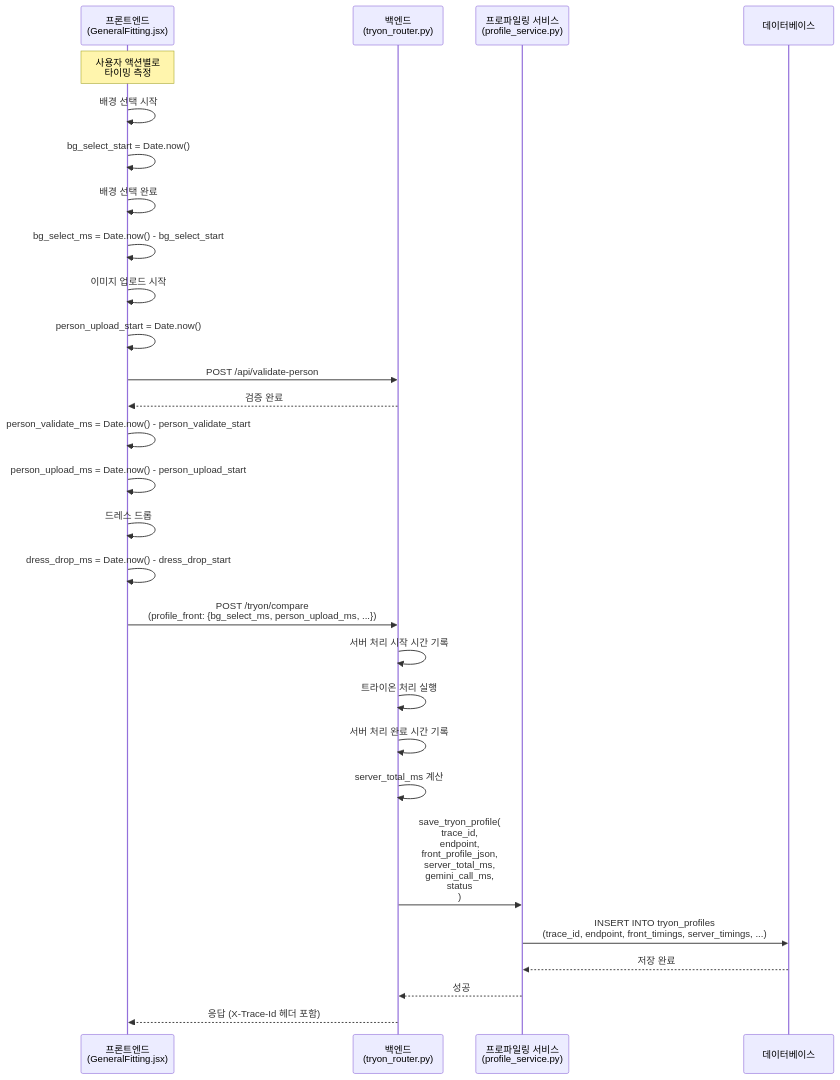
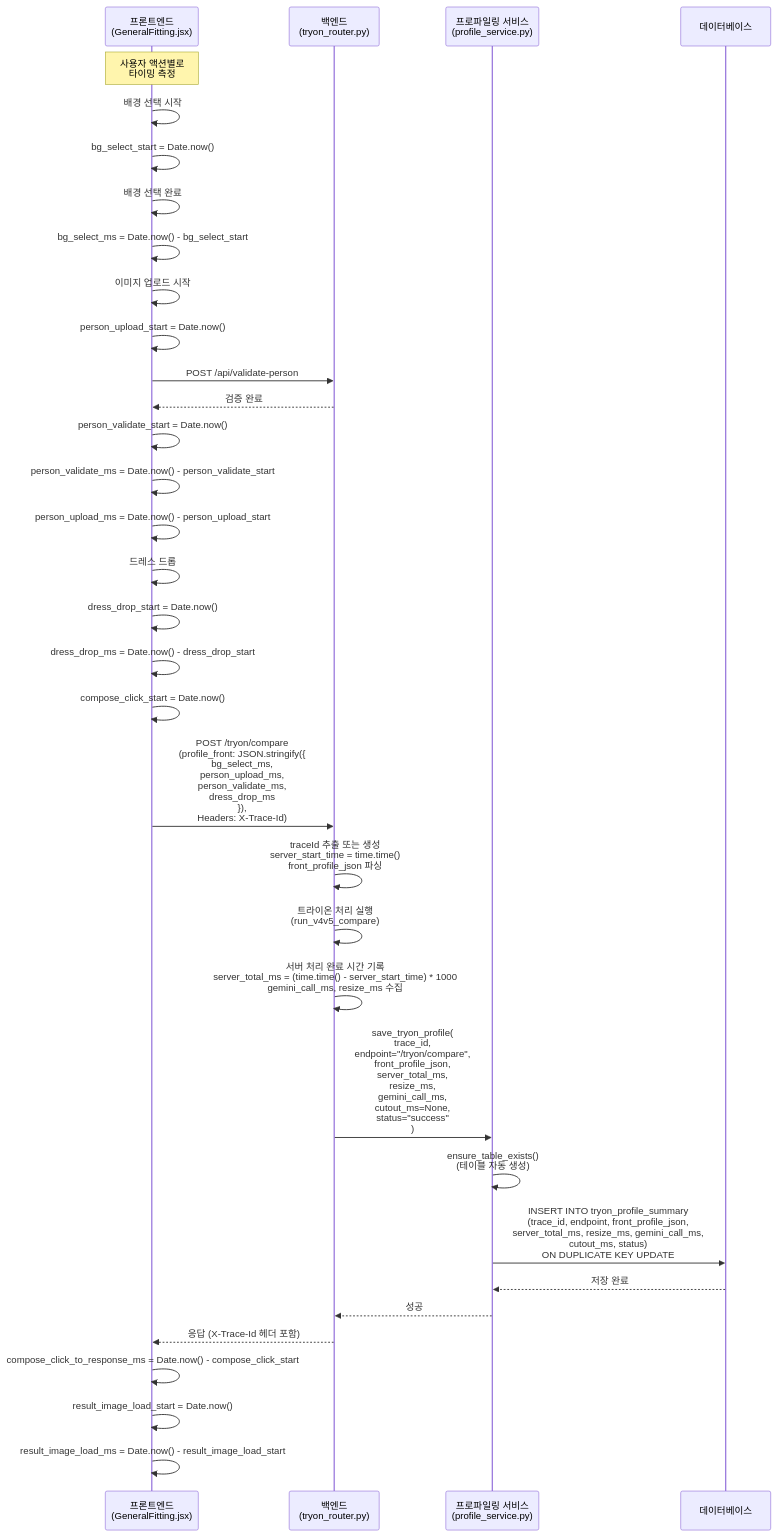
Diagram 15 of 16 in docs/sequence_diagrams.md (MerrydayPrject/final-repo-back), drawn with Mermaid before and after one commit. The commit also changed other lines of this file and 3 other files, not shown here.

````diff
--- a/docs/sequence_diagrams.md
+++ b/docs/sequence_diagrams.md
@@ -590,39 +669,46 @@
 ```mermaid
 sequenceDiagram
     participant Frontend as 프론트엔드<br/>(GeneralFitting.jsx)
     participant Backend as 백엔드<br/>(tryon_router.py)
     participant ProfileService as 프로파일링 서비스<br/>(profile_service.py)
     participant DB as 데이터베이스
 
     Note over Frontend: 사용자 액션별로<br/>타이밍 측정
     
     Frontend->>Frontend: 배경 선택 시작
     Frontend->>Frontend: bg_select_start = Date.now()
     Frontend->>Frontend: 배경 선택 완료
     Frontend->>Frontend: bg_select_ms = Date.now() - bg_select_start
     
     Frontend->>Frontend: 이미지 업로드 시작
     Frontend->>Frontend: person_upload_start = Date.now()
     Frontend->>Backend: POST /api/validate-person
     Backend-->>Frontend: 검증 완료
+    Frontend->>Frontend: person_validate_start = Date.now()
     Frontend->>Frontend: person_validate_ms = Date.now() - person_validate_start
     Frontend->>Frontend: person_upload_ms = Date.now() - person_upload_start
     
     Frontend->>Frontend: 드레스 드롭
+    Frontend->>Frontend: dress_drop_start = Date.now()
     Frontend->>Frontend: dress_drop_ms = Date.now() - dress_drop_start
     
-    Frontend->>Backend: POST /tryon/compare<br/>(profile_front: {bg_select_ms, person_upload_ms, ...})
-    Backend->>Backend: 서버 처리 시작 시간 기록
+    Frontend->>Frontend: compose_click_start = Date.now()
+    Frontend->>Backend: POST /tryon/compare<br/>(profile_front: JSON.stringify({<br/>  bg_select_ms,<br/>  person_upload_ms,<br/>  person_validate_ms,<br/>  dress_drop_ms<br/>}),<br/>Headers: X-Trace-Id)
     
-    Backend->>Backend: 트라이온 처리 실행
-    Backend->>Backend: 서버 처리 완료 시간 기록
-    Backend->>Backend: server_total_ms 계산
+    Backend->>Backend: traceId 추출 또는 생성<br/>server_start_time = time.time()<br/>front_profile_json 파싱
     
-    Backend->>ProfileService: save_tryon_profile(<br/>  trace_id,<br/>  endpoint,<br/>  front_profile_json,<br/>  server_total_ms,<br/>  gemini_call_ms,<br/>  status<br/>)
+    Backend->>Backend: 트라이온 처리 실행<br/>(run_v4v5_compare)
+    Backend->>Backend: 서버 처리 완료 시간 기록<br/>server_total_ms = (time.time() - server_start_time) * 1000<br/>gemini_call_ms, resize_ms 수집
     
-    ProfileService->>DB: INSERT INTO tryon_profiles<br/>(trace_id, endpoint, front_timings, server_timings, ...)
+    Backend->>ProfileService: save_tryon_profile(<br/>  trace_id,<br/>  endpoint="/tryon/compare",<br/>  front_profile_json,<br/>  server_total_ms,<br/>  resize_ms,<br/>  gemini_call_ms,<br/>  cutout_ms=None,<br/>  status="success"<br/>)
+    
+    ProfileService->>ProfileService: ensure_table_exists()<br/>(테이블 자동 생성)
+    ProfileService->>DB: INSERT INTO tryon_profile_summary<br/>(trace_id, endpoint, front_profile_json,<br/>server_total_ms, resize_ms, gemini_call_ms,<br/>cutout_ms, status)<br/>ON DUPLICATE KEY UPDATE
     DB-->>ProfileService: 저장 완료
     ProfileService-->>Backend: 성공
     
     Backend-->>Frontend: 응답 (X-Trace-Id 헤더 포함)
+    Frontend->>Frontend: compose_click_to_response_ms = Date.now() - compose_click_start
+    Frontend->>Frontend: result_image_load_start = Date.now()
+    Frontend->>Frontend: result_image_load_ms = Date.now() - result_image_load_start
 ```
````
